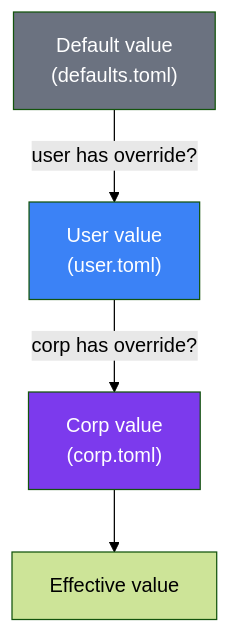
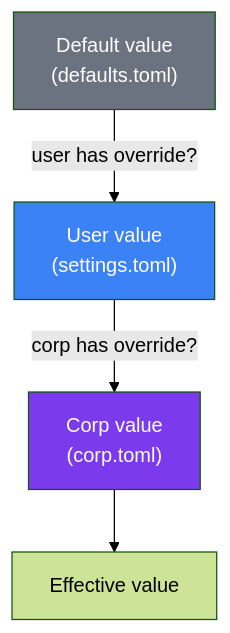
One commit to google/capsem changed the second of 6 diagrams in docs/src/content/docs/architecture/settings.md. Above: the diagram before and after it, drawn with Mermaid (forest theme). The commit also changed other lines of this file and 27 other files, not shown here.

Commit message:
docs: align architecture with 1.3 contract

````diff
--- a/docs/src/content/docs/architecture/settings.md
+++ b/docs/src/content/docs/architecture/settings.md
@@ -96,9 +96,9 @@
 ```mermaid
 flowchart TD
   D["Default value\n(defaults.toml)"] -->|"user has override?"| U
-  U["User value\n(user.toml)"] -->|"corp has override?"| C
+  U["User value\n(settings.toml)"] -->|"corp has override?"| C
   C["Corp value\n(corp.toml)"] --> E["Effective value"]
   style C fill:#7c3aed,color:#fff
   style U fill:#3b82f6,color:#fff
   style D fill:#6b7280,color:#fff
 ```
````
